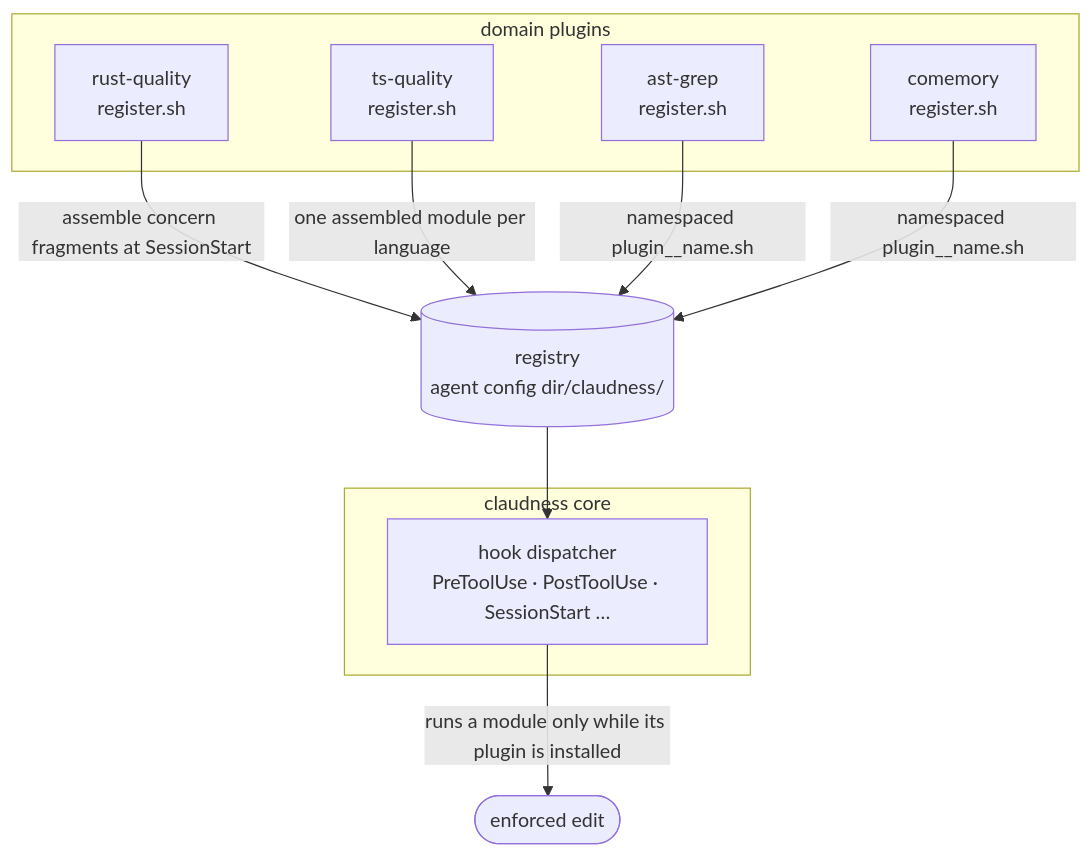
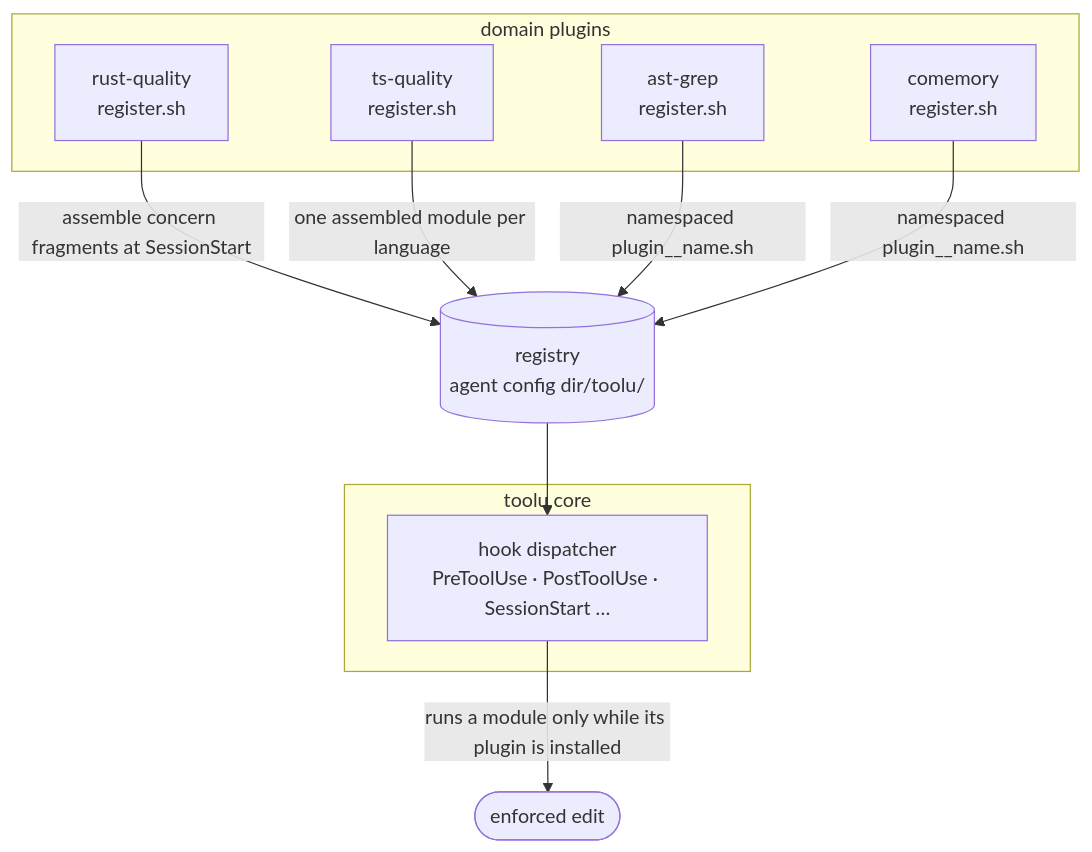
Before and after one commit to Falconiere/claudness: the second of 2 diagrams in README.md, drawn with Mermaid. The commit also changed other lines of this file and 204 other files, not shown here.

First line of the commit message:
refactor: rename claudness → toolu (project + marketplace), release v1.14.0 (#51)

````diff
--- a/README.md
+++ b/README.md
@@ -168,18 +168,18 @@
 ```mermaid
 flowchart TD
-    subgraph core["claudness core"]
+    subgraph core["toolu core"]
         D["hook dispatcher<br/>PreToolUse · PostToolUse · SessionStart …"]
     end
     subgraph plugins["domain plugins"]
         RQ["rust-quality<br/>register.sh"]
         TQ["ts-quality<br/>register.sh"]
         AG["ast-grep<br/>register.sh"]
         CM["comemory<br/>register.sh"]
     end
-    RQ -- "assemble concern fragments at SessionStart" --> R[("registry<br/>agent config dir/claudness/")]
+    RQ -- "assemble concern fragments at SessionStart" --> R[("registry<br/>agent config dir/toolu/")]
     TQ -- "one assembled module per language" --> R
     AG -- "namespaced plugin__name.sh" --> R
     CM -- "namespaced plugin__name.sh" --> R
     R --> D
     D -- "runs a module only while its plugin is installed" --> OUT([enforced edit])
 ```
````
